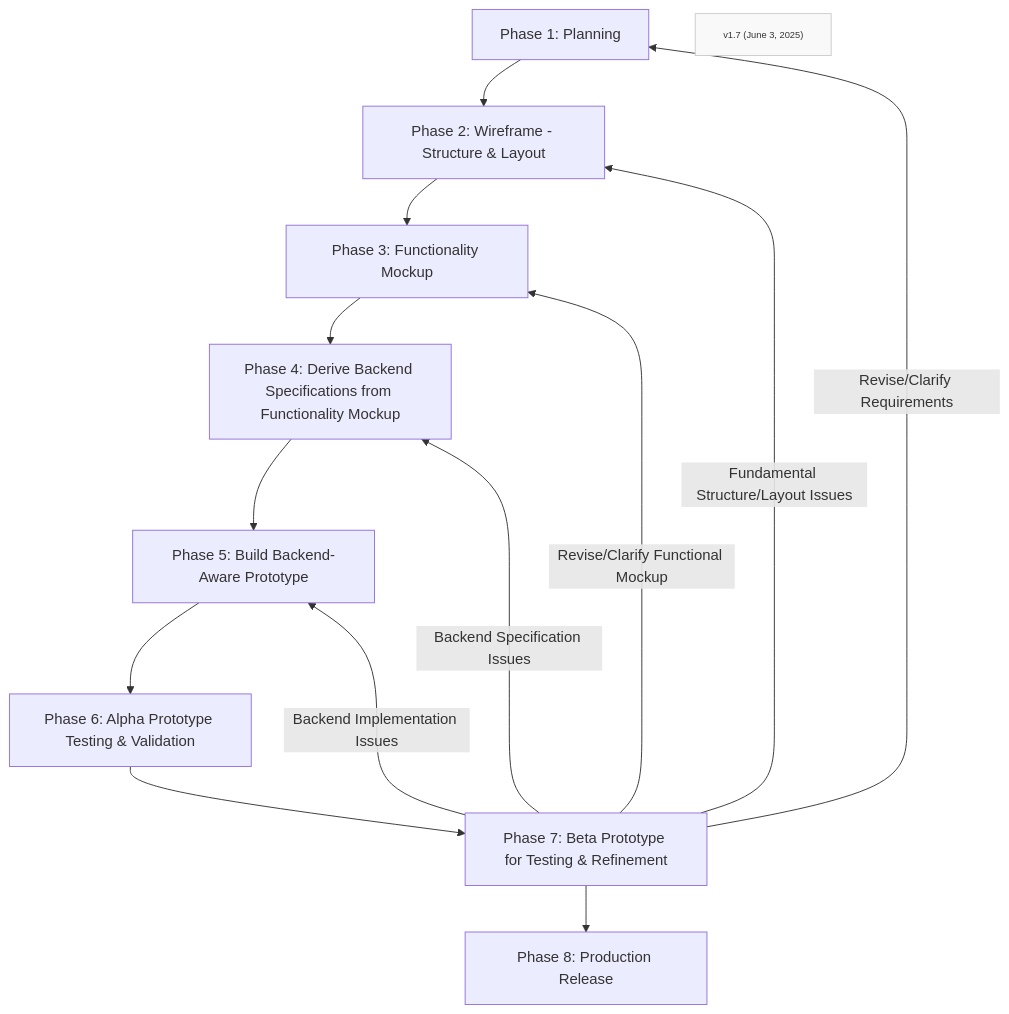
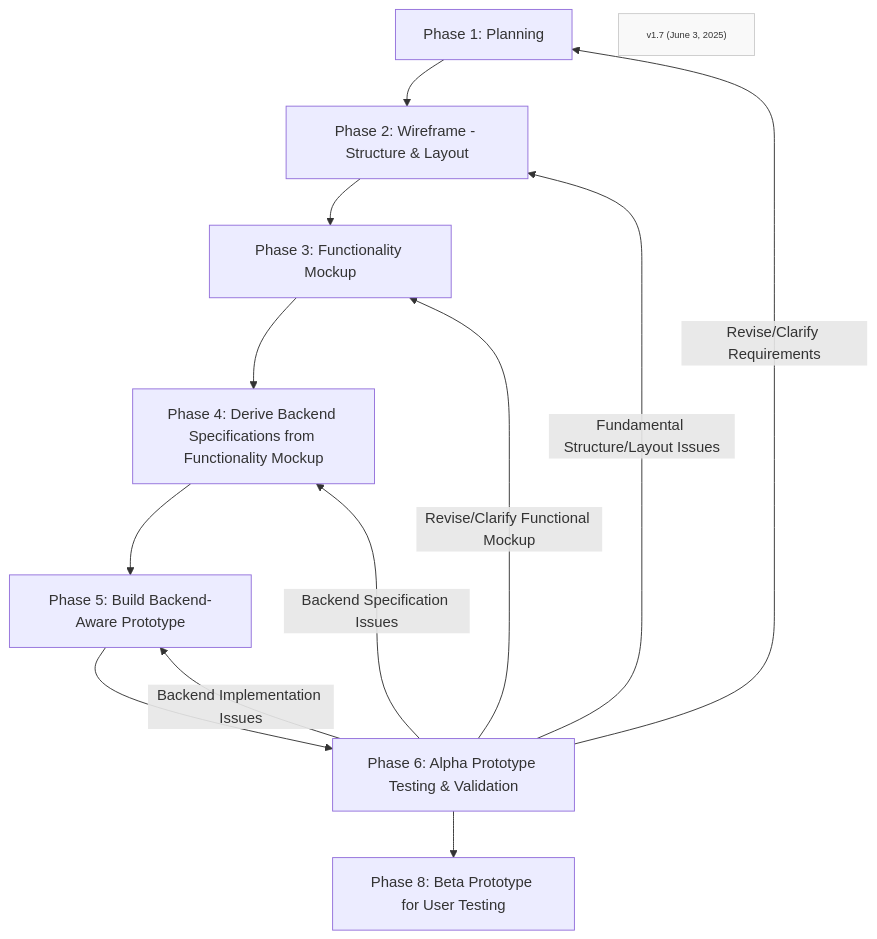
Before and after one commit to Mharbulous/Front-First-Method: the diagram in Phases/FF-overview.md, drawn with Mermaid.

````diff
--- a/Phases/FF-overview.md
+++ b/Phases/FF-overview.md
@@ -1,22 +1,21 @@
 ```mermaid
 graph TD
     Phase1["Phase 1: Planning"] --> Phase2["Phase 2: Wireframe - Structure & Layout"]
     Phase2 --> Phase3["Phase 3: Functionality Mockup"]
     Phase3 --> Phase4["Phase 4: Derive Backend Specifications from Functionality Mockup"]
     Phase4 --> Phase5["Phase 5: Build Backend-Aware Prototype"]
     Phase5 --> Phase6["Phase 6: Alpha Prototype Testing & Validation"]
-    Phase6 --> Phase7["Phase 7: Beta Prototype for Testing & Refinement"]
-    Phase7 --> Phase8["Phase 8: Production Release"]
+    Phase6 --> Phase7["Phase 8: Beta Prototype for User Testing"]
     
-    Phase7 -->|Revise/Clarify Requirements| Phase1
-    Phase7 -->|Fundamental Structure/Layout Issues| Phase2
-    Phase7 -->|Revise/Clarify Functional Mockup| Phase3
-    Phase7 -->|Backend Specification Issues| Phase4
-    Phase7 -->|Backend Implementation Issues| Phase5            
+    Phase6 -->|Revise/Clarify Requirements| Phase1
+    Phase6 -->|Fundamental Structure/Layout Issues| Phase2
+    Phase6 -->|Revise/Clarify Functional Mockup| Phase3
+    Phase6 -->|Backend Specification Issues| Phase4
+    Phase6 -->|Backend Implementation Issues| Phase5            
     
     
 
     VersionInfo["v1.7 (June 3, 2025)"]
     classDef version fill:#f9f9f9,stroke:#ccc,font-size:10px;
     class VersionInfo version
 ```
````
